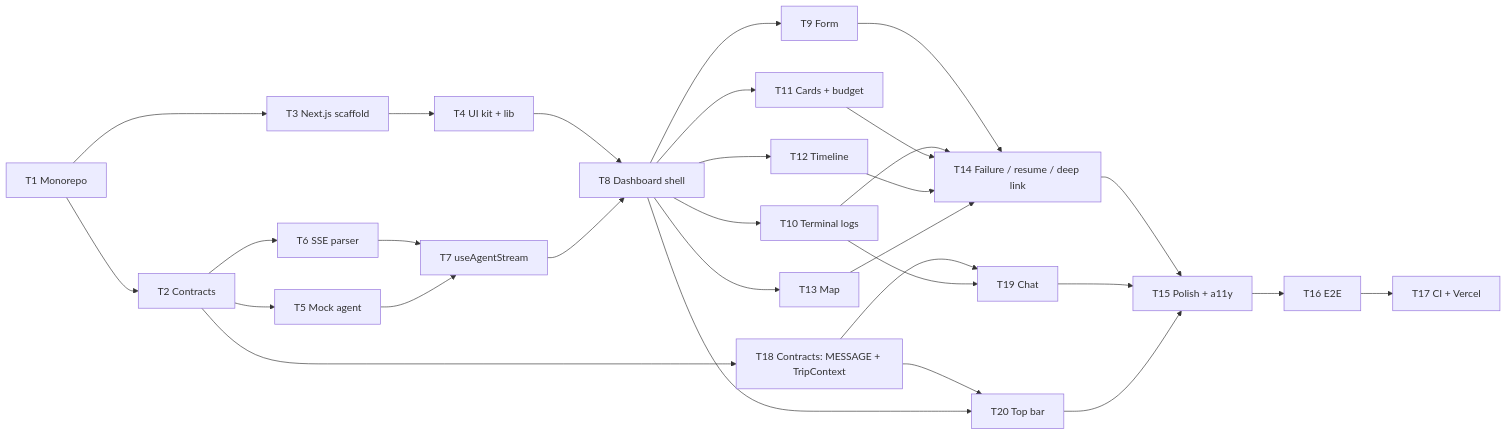
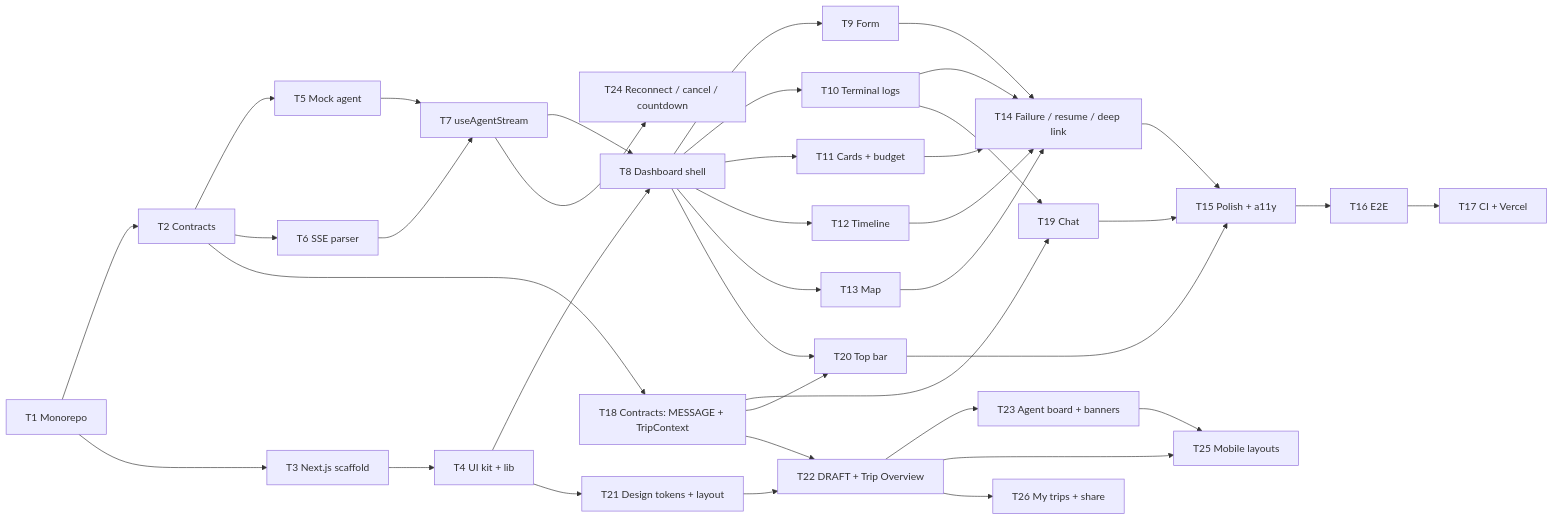
Before and after one commit to Saidbek9092/ai-travel-planner: the diagram in apps/web/CLAUDE.md, drawn with Mermaid. The commit also changed other lines of this file and 10 other files, not shown here.

````diff
--- a/apps/web/CLAUDE.md
+++ b/apps/web/CLAUDE.md
@@ -475,27 +631,34 @@
 ```mermaid
 flowchart LR
   T1[T1 Monorepo] --> T2[T2 Contracts]
   T1 --> T3[T3 Next.js scaffold]
   T3 --> T4[T4 UI kit + lib]
   T2 --> T5[T5 Mock agent]
   T2 --> T6[T6 SSE parser]
   T6 --> T7[T7 useAgentStream]
   T5 --> T7
   T4 --> T8[T8 Dashboard shell]
   T7 --> T8
   T8 --> T9[T9 Form]
   T8 --> T10[T10 Terminal logs]
   T8 --> T11[T11 Cards + budget]
   T8 --> T12[T12 Timeline]
   T8 --> T13[T13 Map]
   T9 & T10 & T11 & T12 & T13 --> T14[T14 Failure / resume / deep link]
   T14 --> T15[T15 Polish + a11y]
   T15 --> T16[T16 E2E]
   T16 --> T17[T17 CI + Vercel]
   T2 --> T18[T18 Contracts: MESSAGE + TripContext]
   T18 --> T19[T19 Chat]
   T10 --> T19
   T18 --> T20[T20 Top bar]
   T8 --> T20
   T19 & T20 --> T15
+  T4 --> T21[T21 Design tokens + layout]
+  T18 --> T22[T22 DRAFT + Trip Overview]
+  T21 --> T22
+  T22 --> T23[T23 Agent board + banners]
+  T7 --> T24[T24 Reconnect / cancel / countdown]
+  T22 & T23 --> T25[T25 Mobile layouts]
+  T22 --> T26[T26 My trips + share]
 ```
````
